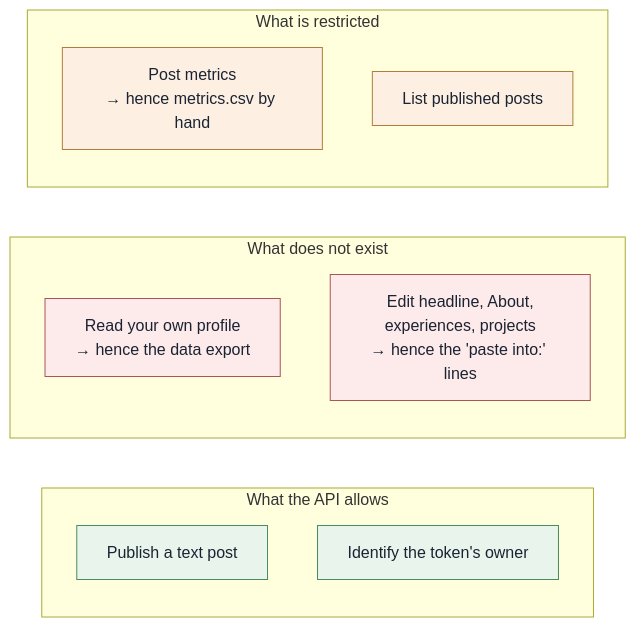
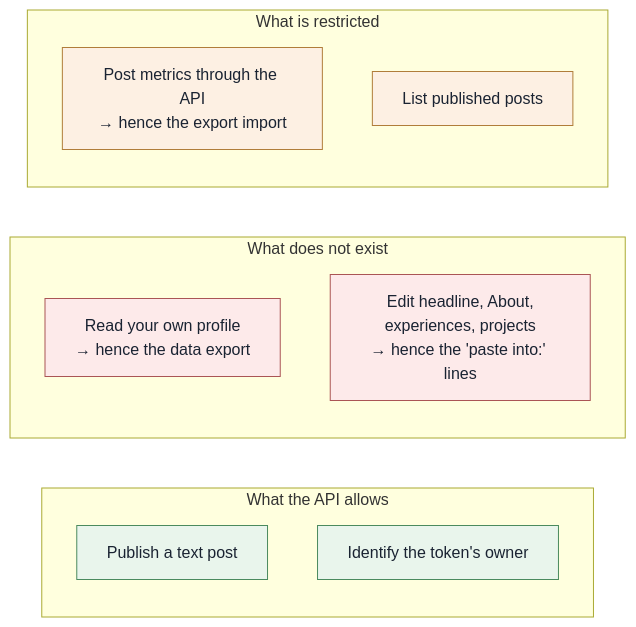
Before and after one commit to gabrantoniette/linkedin-growth-agents: the fifth of 5 diagrams in docs/mindmap.md, drawn with Mermaid. The commit also changed other lines of this file and 20 other files, not shown here.

````diff
--- a/docs/mindmap.md
+++ b/docs/mindmap.md
@@ -316,24 +330,24 @@
 ```mermaid
 flowchart LR
     subgraph OK["What the API allows"]
         P1["Publish a text post"]
         P2["Identify the token's owner"]
     end
 
     subgraph NONE["What does not exist"]
         N1["Read your own profile<br/>→ hence the data export"]
         N2["Edit headline, About,<br/>experiences, projects<br/>→ hence the 'paste into:' lines"]
     end
 
     subgraph BLOCKED["What is restricted"]
-        B1["Post metrics<br/>→ hence metrics.csv by hand"]
+        B1["Post metrics through the API<br/>→ hence the export import"]
         B2["List published posts"]
     end
 
     classDef ok fill:#e9f5ec,stroke:#4a8a5e,color:#1a2332
     classDef none fill:#fdeaea,stroke:#a55,color:#1a2332
     classDef blocked fill:#fdf0e3,stroke:#b07d3a,color:#1a2332
     class P1,P2 ok
     class N1,N2 none
     class B1,B2 blocked
 ```
````
